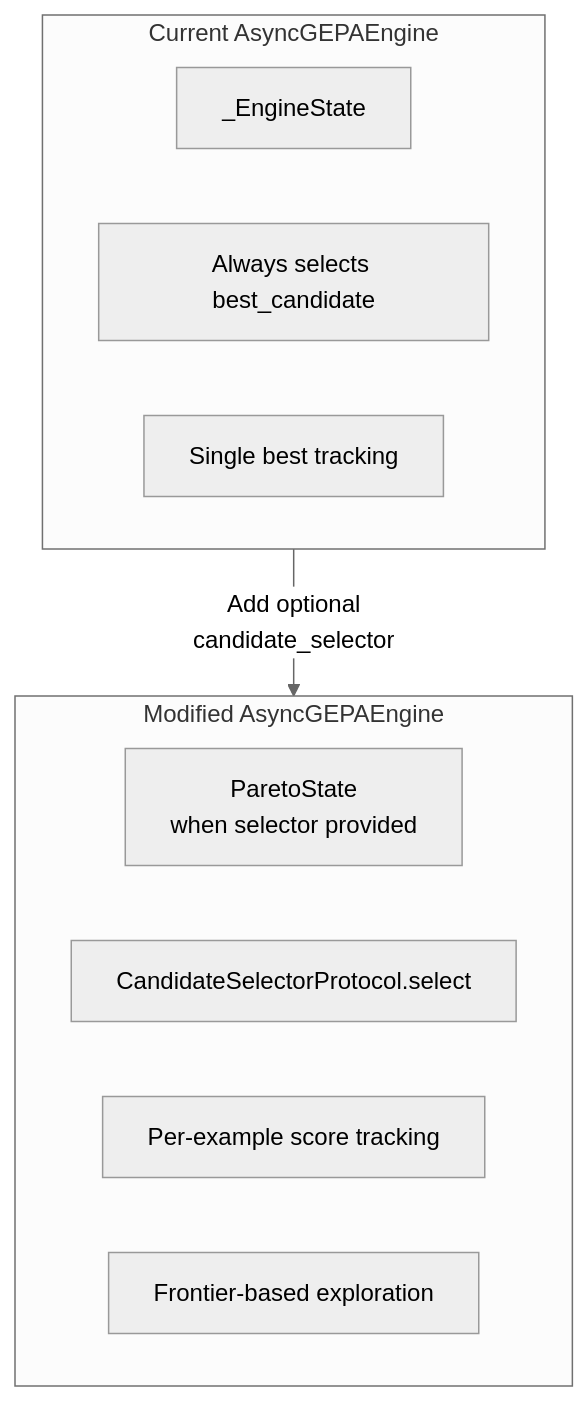
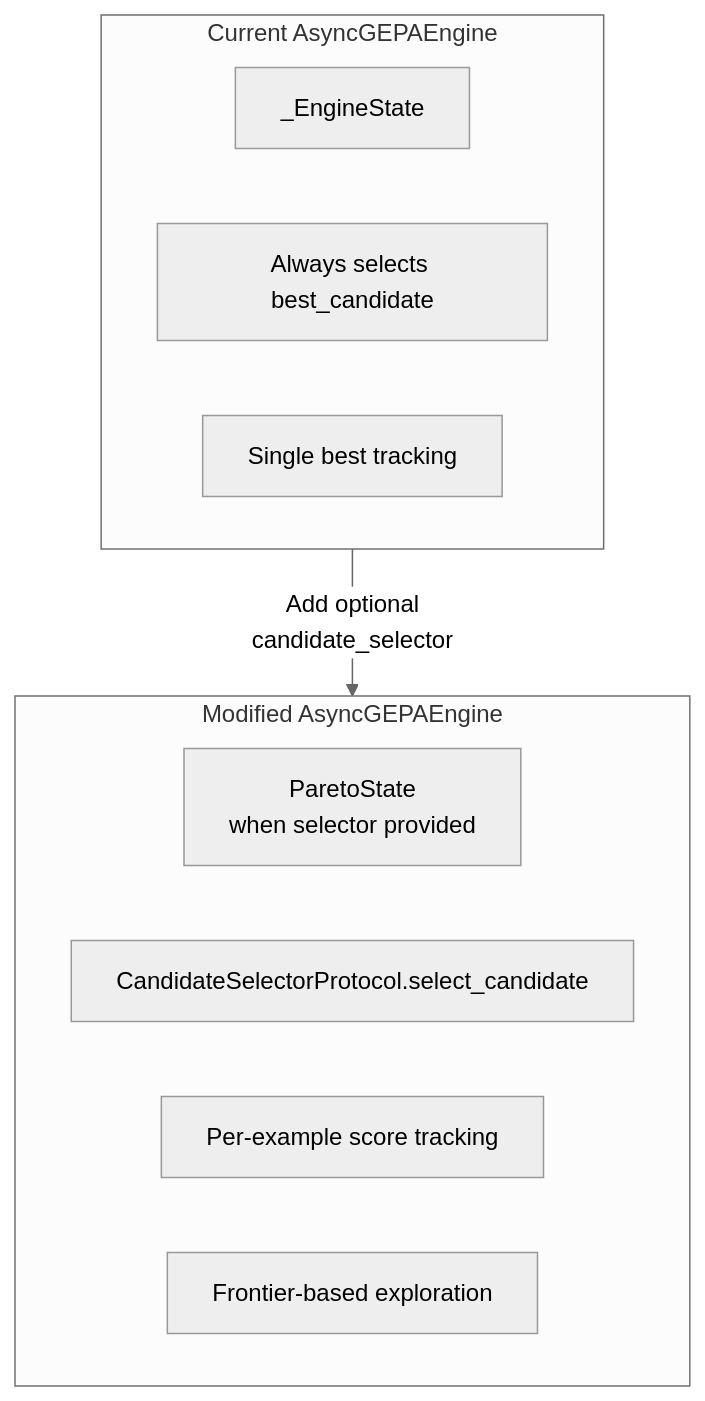
Diagram 11 of 13 in specs/022-pareto-frontier/architecture.md (Alberto-Codes/gepa-adk), drawn with Mermaid (neutral theme) before and after one commit. The commit also changed other lines of this file, not shown here.

Commit message:
refactor(architecture): Rename select method to select_candidate in CandidateSelectorProtocol and update related references

````diff
--- a/specs/022-pareto-frontier/architecture.md
+++ b/specs/022-pareto-frontier/architecture.md
@@ -370,17 +370,17 @@
 ```mermaid
 flowchart TB
     subgraph Before["Current AsyncGEPAEngine"]
         B1[_EngineState]
         B2[Always selects best_candidate]
         B3[Single best tracking]
     end
 
     subgraph After["Modified AsyncGEPAEngine"]
         A1[ParetoState<br/>when selector provided]
-        A2[CandidateSelectorProtocol.select]
+        A2[CandidateSelectorProtocol.select_candidate]
         A3[Per-example score tracking]
         A4[Frontier-based exploration]
     end
 
     Before -->|"Add optional<br/>candidate_selector"| After
 ```
````
